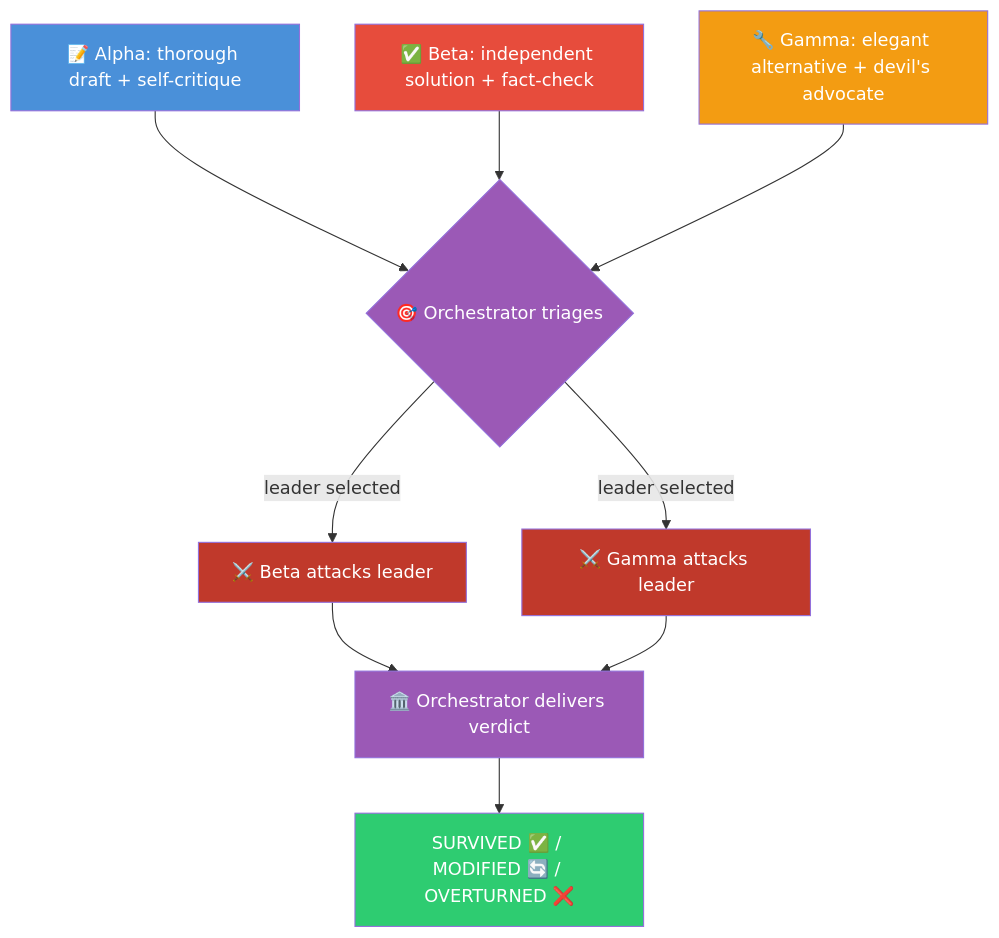
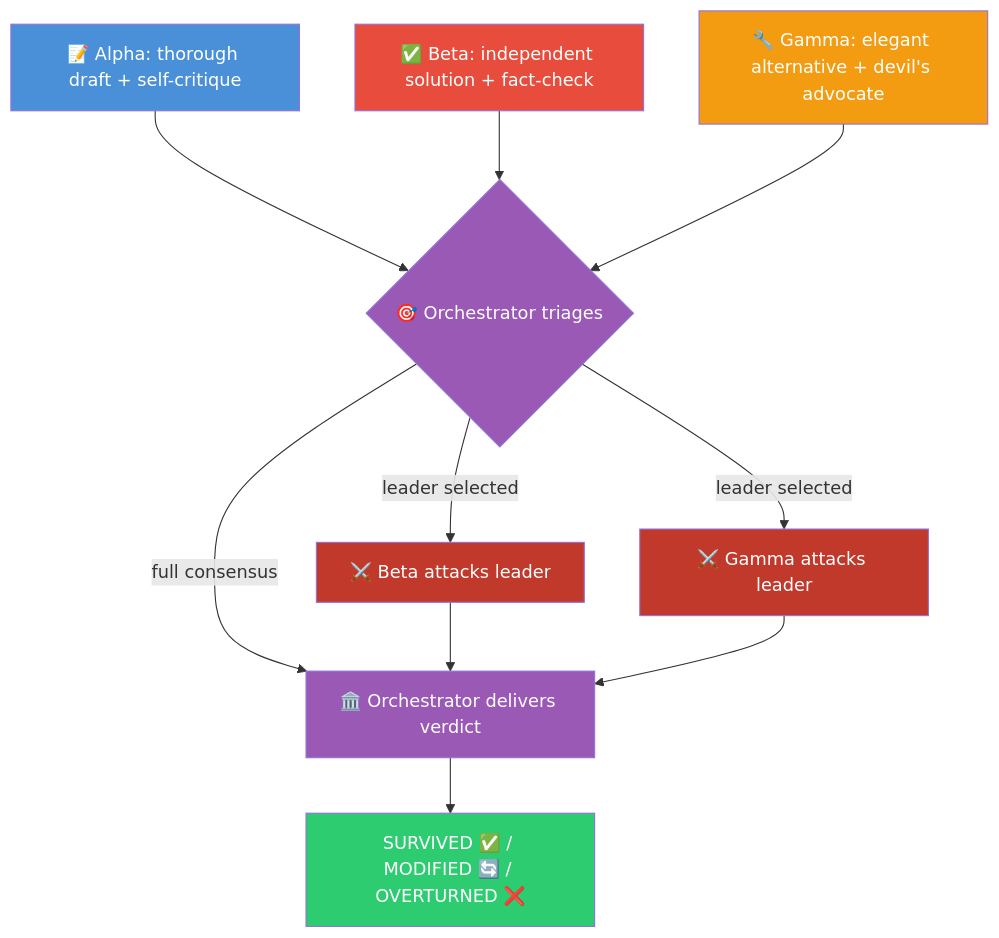
Before and after one commit to Sentry01/AgentCouncil: the second of 2 diagrams in README.md, drawn with Mermaid.

Commit message:
docs: fix adversarial council diagram

````diff
--- a/README.md
+++ b/README.md
@@ -68,18 +68,19 @@
 ```mermaid
 flowchart TD
     A1["📝 Alpha: thorough draft + self-critique"] & B1["✅ Beta: independent solution + fact-check"] & C1["🔧 Gamma: elegant alternative + devil's advocate"]
     A1 & B1 & C1 --> T{"🎯 Orchestrator triages"}
+    T -- "full consensus" --> V
     T -- "leader selected" --> ATK_B["⚔️ Beta attacks leader"]
     T -- "leader selected" --> ATK_C["⚔️ Gamma attacks leader"]
     ATK_B & ATK_C --> V["🏛️ Orchestrator delivers verdict"]
     V --> E["SURVIVED ✅ / MODIFIED 🔄 / OVERTURNED ❌"]
 
     style A1 fill:#4a90d9,color:#fff
     style B1 fill:#e74c3c,color:#fff
     style C1 fill:#f39c12,color:#fff
     style T fill:#9b59b6,color:#fff
     style ATK_B fill:#c0392b,color:#fff
     style ATK_C fill:#c0392b,color:#fff
     style V fill:#9b59b6,color:#fff
     style E fill:#2ecc71,color:#fff
 ```
````
